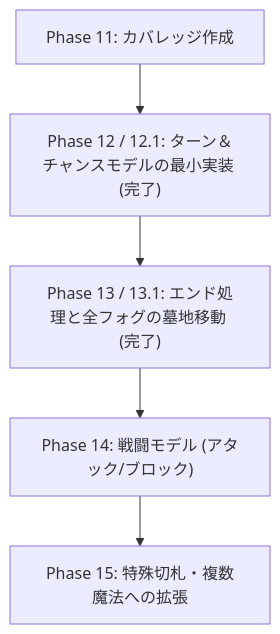
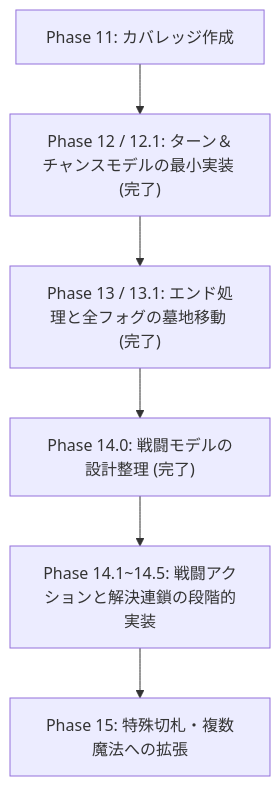
Before and after one commit to BlackPoker/BlackPoker: the diagram in tools/simulator/docs/rules-vnext-coverage.md, drawn with Mermaid. The commit also changed other lines of this file and 3 other files, not shown here.

````diff
--- a/tools/simulator/docs/rules-vnext-coverage.md
+++ b/tools/simulator/docs/rules-vnext-coverage.md
@@ -167,7 +167,8 @@
 ```mermaid
 graph TD
     A["Phase 11: カバレッジ作成"] --> B["Phase 12 / 12.1: ターン＆チャンスモデルの最小実装 (完了)"]
     B --> C["Phase 13 / 13.1: エンド処理と全フォグの墓地移動 (完了)"]
-    C --> D["Phase 14: 戦闘モデル (アタック/ブロック)"]
-    D --> E["Phase 15: 特殊切札・複数魔法への拡張"]
+    C --> D["Phase 14.0: 戦闘モデルの設計整理 (完了)"]
+    D --> D1["Phase 14.1~14.5: 戦闘アクションと解決連鎖の段階的実装"]
+    D1 --> E["Phase 15: 特殊切札・複数魔法への拡張"]
 ```
````
